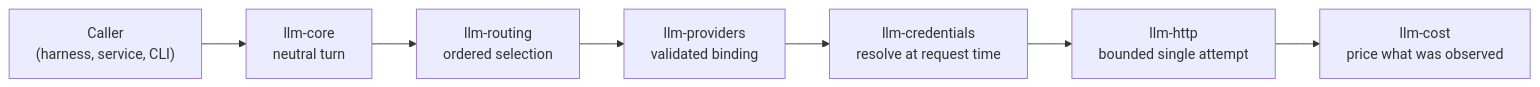
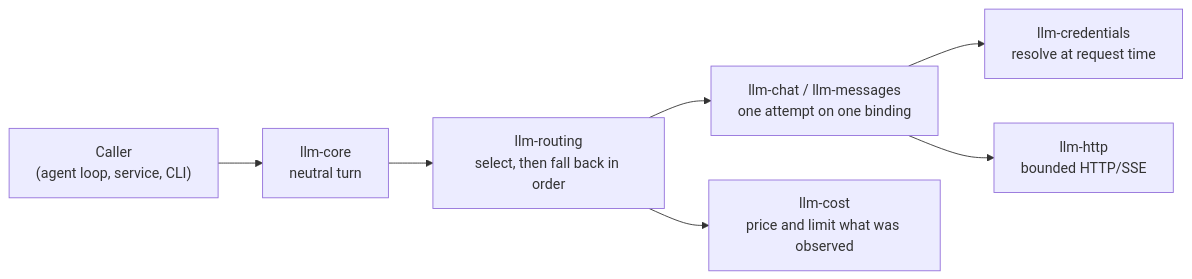
Before and after one commit to beyond10x/llm: the diagram in website/docs/concepts/overview.md, drawn with Mermaid. The commit also changed other lines of this file and 19 other files, not shown here.

First line of the commit message:
docs(website): describe what llm does today, with runnable guides

````diff
--- a/website/docs/concepts/overview.md
+++ b/website/docs/concepts/overview.md
@@ -25,9 +38,9 @@
 ```mermaid
 flowchart LR
-  A["Caller<br/>(harness, service, CLI)"] --> B["llm-core<br/>neutral turn"]
-  B --> C["llm-routing<br/>ordered selection"]
-  C --> D["llm-providers<br/>validated binding"]
+  A["Caller<br/>(agent loop, service, CLI)"] --> B["llm-core<br/>neutral turn"]
+  B --> C["llm-routing<br/>select, then fall back in order"]
+  C --> D["llm-chat / llm-messages<br/>one attempt on one binding"]
   D --> E["llm-credentials<br/>resolve at request time"]
-  E --> F["llm-http<br/>bounded single attempt"]
-  F --> G["llm-cost<br/>price what was observed"]
+  D --> F["llm-http<br/>bounded HTTP/SSE"]
+  C --> G["llm-cost<br/>price and limit what was observed"]
 ```
````
